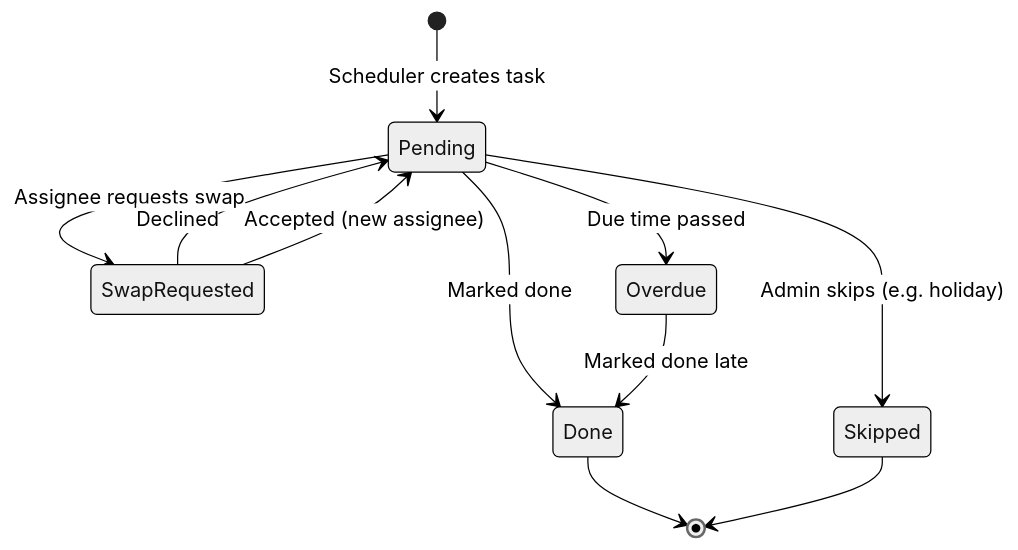
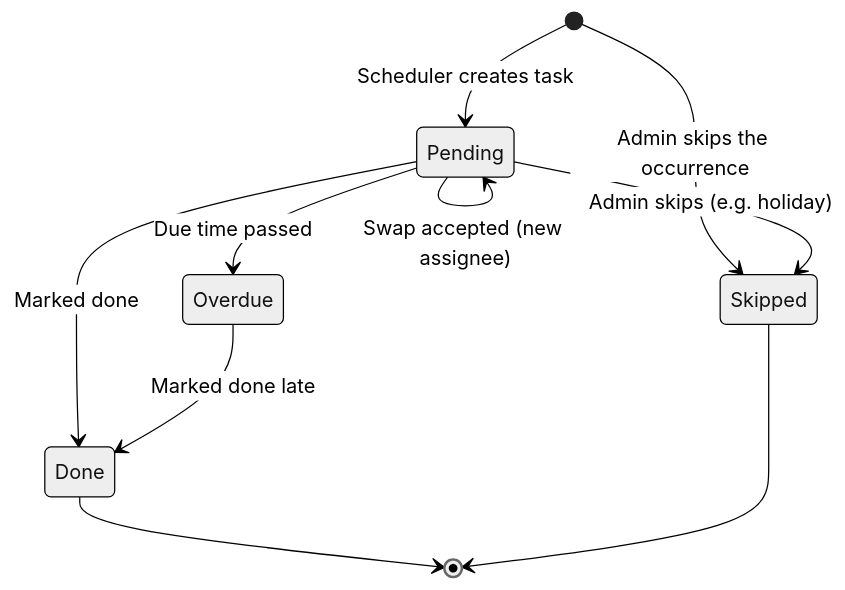
The sixth of 11 diagrams in docs/architecture.md (Vivianmurathimi/orgpulse), drawn with Mermaid (neutral theme) before and after one commit. The commit also changed other lines of this file and 5 other files, not shown here.

````diff
--- a/docs/architecture.md
+++ b/docs/architecture.md
@@ -197,13 +202,12 @@
 ```mermaid
 stateDiagram-v2
     [*] --> Pending: Scheduler creates task
-    Pending --> SwapRequested: Assignee requests swap
-    SwapRequested --> Pending: Declined
-    SwapRequested --> Pending: Accepted (new assignee)
+    [*] --> Skipped: Admin skips the occurrence
+    Pending --> Pending: Swap accepted (new assignee)
     Pending --> Done: Marked done
     Pending --> Overdue: Due time passed
     Overdue --> Done: Marked done late
     Pending --> Skipped: Admin skips (e.g. holiday)
     Done --> [*]
     Skipped --> [*]
 ```
````
